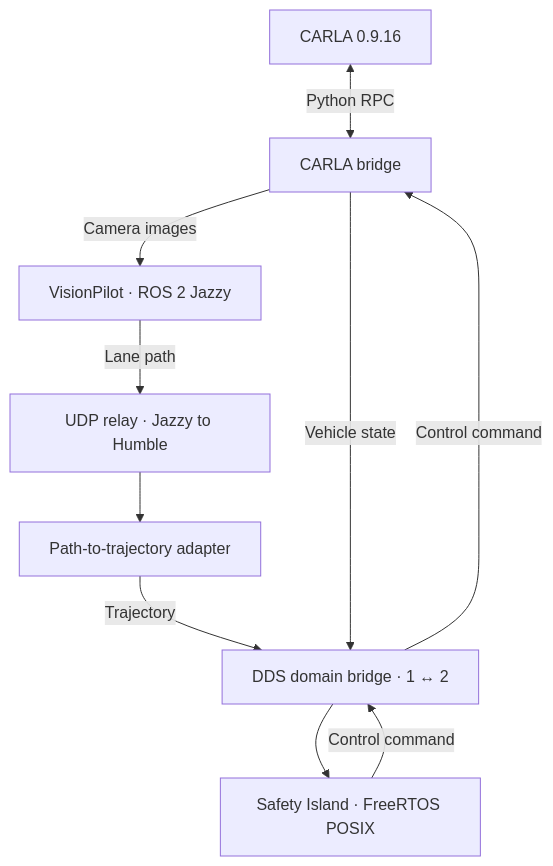
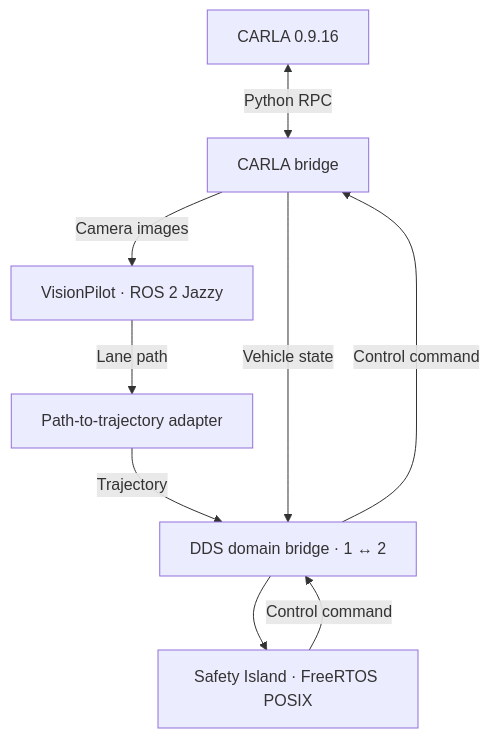
The diagram in README.md (oguzkaganozt/openadkit-e2e), drawn with Mermaid before and after one commit. The commit also changed other lines of this file and 6 other files, not shown here.

First line of the commit message:
Remove UDP path relay; adapter subscribes to VisionPilot directly

````diff
--- a/README.md
+++ b/README.md
@@ -11,12 +11,11 @@
 ```mermaid
 flowchart TD
     CARLA["CARLA 0.9.16"] <-->|Python RPC| Bridge["CARLA bridge"]
     Bridge -->|Camera images| VP["VisionPilot · ROS 2 Jazzy"]
-    VP -->|Lane path| Relay["UDP relay · Jazzy to Humble"]
-    Relay --> Adapter["Path-to-trajectory adapter"]
+    VP -->|Lane path| Adapter["Path-to-trajectory adapter"]
     Adapter -->|Trajectory| DDS["DDS domain bridge · 1 ↔ 2"]
     Bridge -->|Vehicle state| DDS
     DDS --> SI["Safety Island · FreeRTOS POSIX"]
     SI -->|Control command| DDS
     DDS -->|Control command| Bridge
 ```
````
